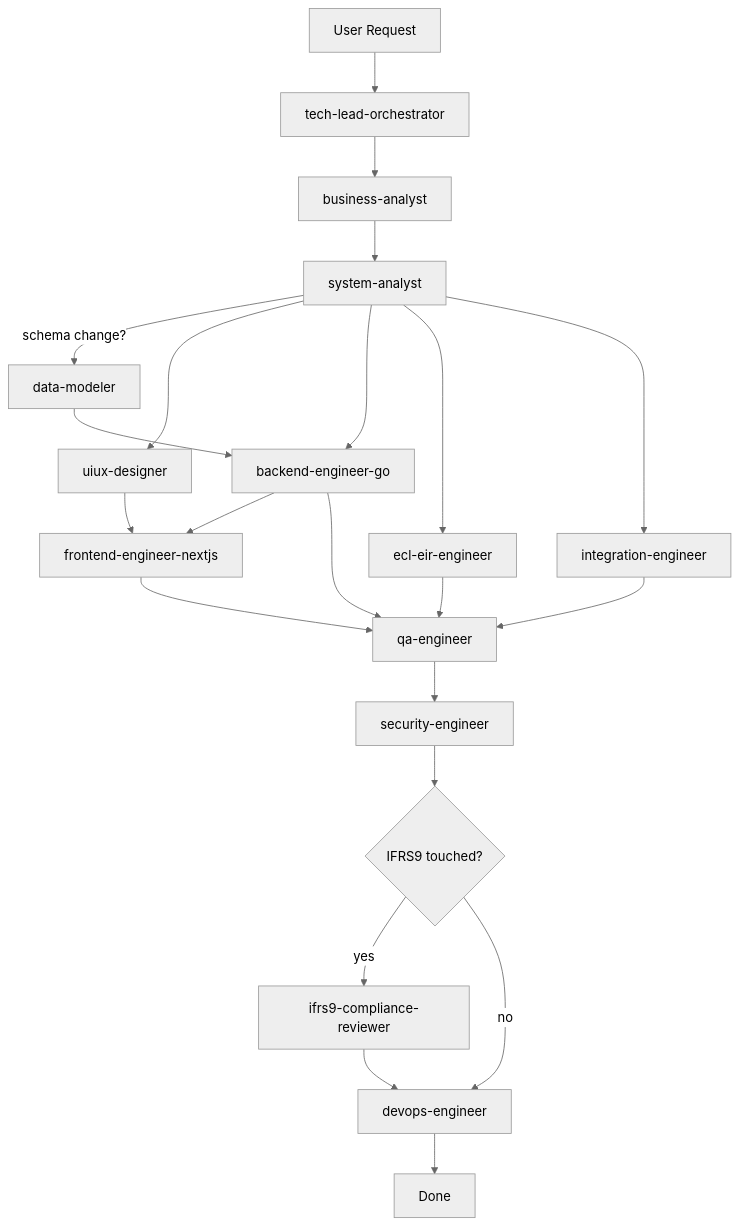
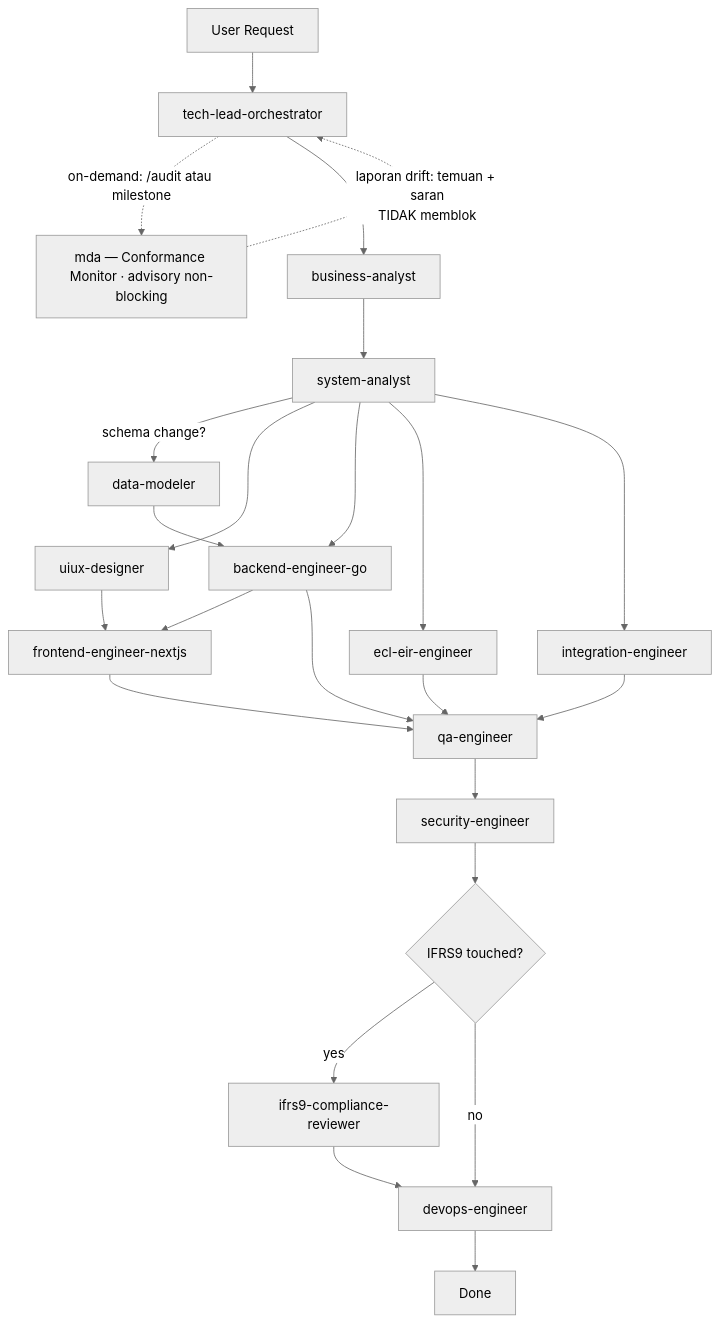
Before and after one commit to fairuzzbd/ifrs9ai: the diagram in .claude/AGENT-TEAM.md, drawn with Mermaid (neutral theme). The commit also changed other lines of this file and 736 other files, not shown here.

````diff
--- a/.claude/AGENT-TEAM.md
+++ b/.claude/AGENT-TEAM.md
@@ -56,24 +62,26 @@
 ```mermaid
 flowchart TD
     U[User Request] --> O[tech-lead-orchestrator]
+    O -.->|on-demand: /audit atau milestone| MDA[mda — Conformance Monitor · advisory non-blocking]
+    MDA -.->|laporan drift: temuan + saran<br/>TIDAK memblok| O
     O --> BA[business-analyst]
     BA --> SA[system-analyst]
     SA -->|schema change?| DM[data-modeler]
     SA --> UX[uiux-designer]
     DM --> BE
     SA --> BE[backend-engineer-go]
     SA --> ECL[ecl-eir-engineer]
     SA --> INT[integration-engineer]
     UX --> FE[frontend-engineer-nextjs]
     BE --> FE
     BE --> QA[qa-engineer]
     ECL --> QA
     INT --> QA
     FE --> QA
     QA --> SEC[security-engineer]
     SEC --> CR{IFRS9 touched?}
     CR -->|yes| IFRS[ifrs9-compliance-reviewer]
     CR -->|no| DEV[devops-engineer]
     IFRS --> DEV
     DEV --> DONE[Done]
 ```
````
